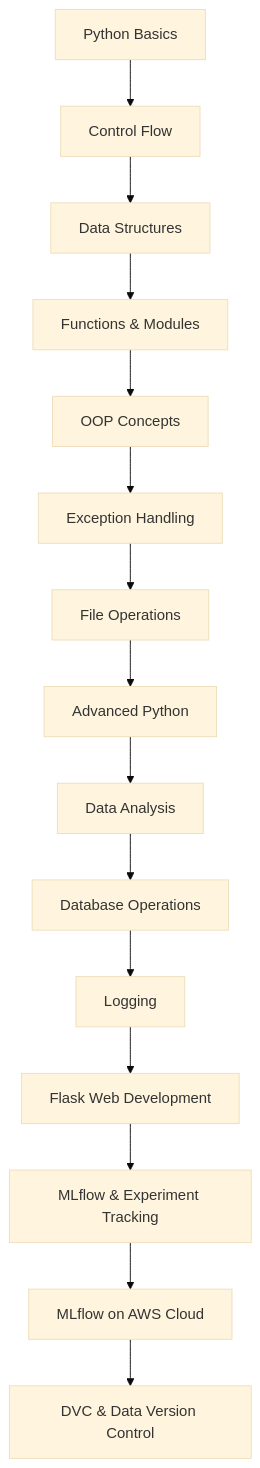
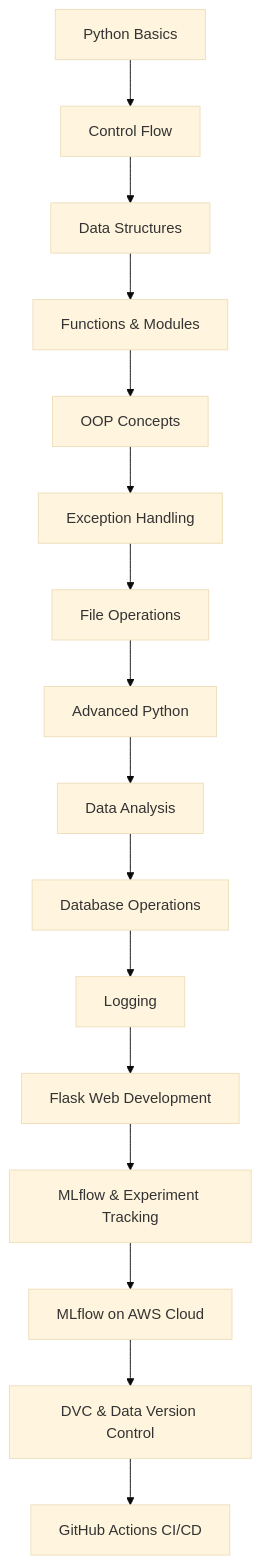
Before and after one commit to jagadeshchilla/MLOPS: the first of 14 diagrams in README.md, drawn with Mermaid (base theme). The commit also changed other lines of this file, not shown here.

````diff
--- a/README.md
+++ b/README.md
@@ -59,17 +61,18 @@
 ```mermaid
 graph TD
     A[Python Basics] --> B[Control Flow]
     B --> C[Data Structures]
     C --> D[Functions & Modules]
     D --> E[OOP Concepts]
     E --> F[Exception Handling]
     F --> G[File Operations]
     G --> H[Advanced Python]
     H --> I[Data Analysis]
     I --> J[Database Operations]
     J --> K[Logging]
     K --> L[Flask Web Development]
     L --> M[MLflow & Experiment Tracking]
     M --> N[MLflow on AWS Cloud]
     N --> O[DVC & Data Version Control]
+    O --> P[GitHub Actions CI/CD]
 ```
````
